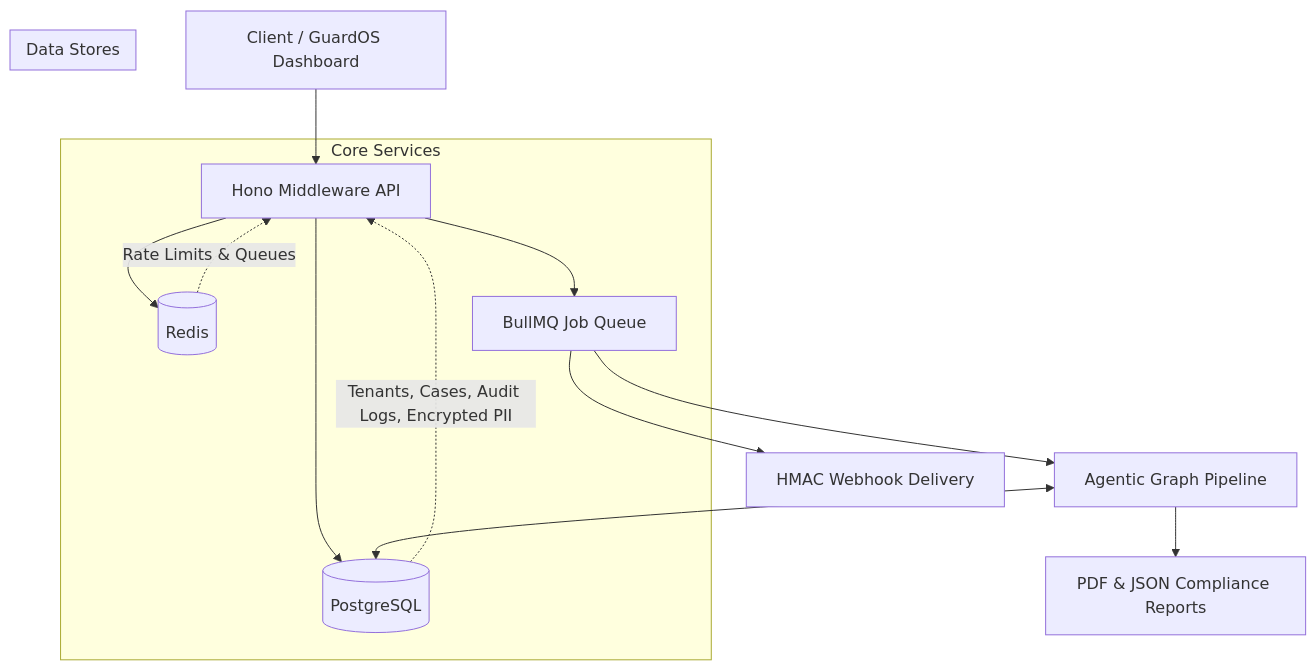
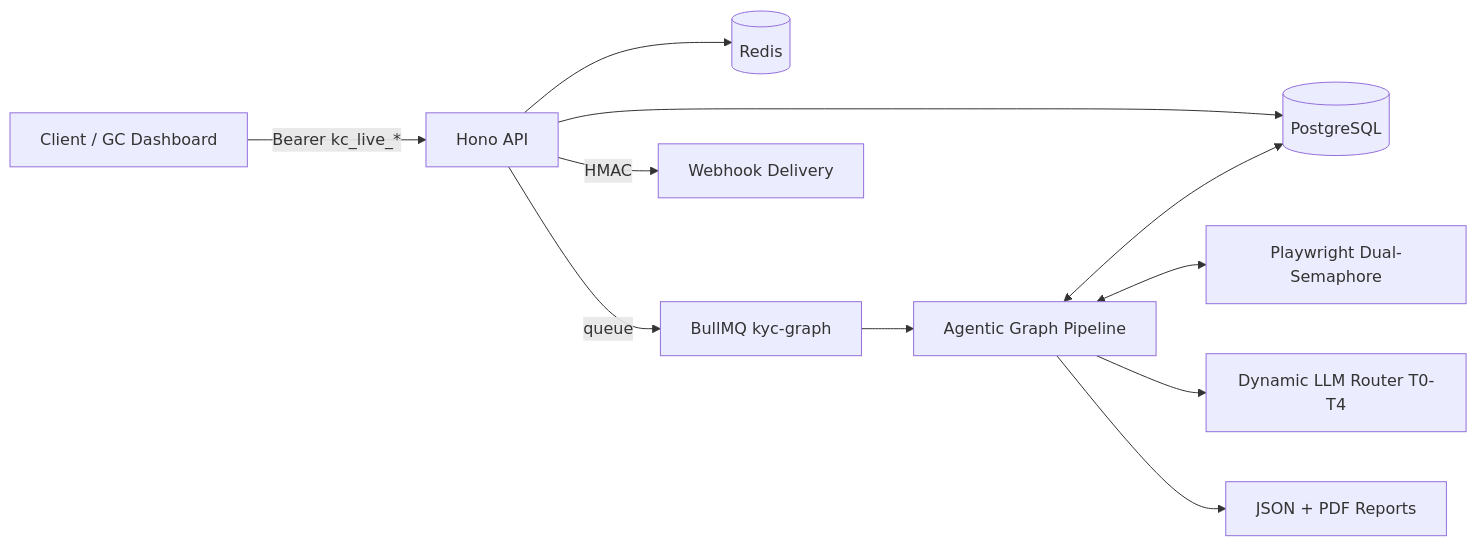
One commit to kakashi3lite/kyc-copilot changed the first of 2 diagrams in README.md. Above: the diagram before and after it, drawn with Mermaid. The commit also changed other lines of this file and 4 other files, not shown here.

````diff
--- a/README.md
+++ b/README.md
@@ -25,22 +41,13 @@
 ```mermaid
-flowchart TD
-    Client[Client / GuardOS Dashboard] --> Hono[Hono Middleware API]
-    
-    subgraph Core Services
-        Hono --> DB[(PostgreSQL)]
-        Hono --> Redis[(Redis)]
-        Hono --> BullMQ[BullMQ Job Queue]
-    end
-    
-    BullMQ --> Graph[Agentic Graph Pipeline]
-    Graph <--> DB
-    
-    BullMQ --> Webhooks[HMAC Webhook Delivery]
-    
-    subgraph Data Stores
-        DB -.-> |Tenants, Cases, Audit Logs, Encrypted PII| Hono
-        Redis -.-> |Rate Limits & Queues| Hono
-    end
-    
-    Graph --> Reports[PDF & JSON Compliance Reports]
+flowchart LR
+  Client[Client / GC Dashboard] -->|Bearer kc_live_*| Hono[Hono API]
+  Hono --> DB[(PostgreSQL)]
+  Hono --> Redis[(Redis)]
+  Hono -->|queue| BullMQ[BullMQ kyc-graph]
+  BullMQ --> Graph[Agentic Graph Pipeline]
+  Graph <--> DB
+  Graph <--> Playwright[Playwright Dual-Semaphore]
+  Graph --> LLM[Dynamic LLM Router T0-T4]
+  Graph --> Reports[JSON + PDF Reports]
+  Hono -->|HMAC| Webhooks[Webhook Delivery]
 ```
````
